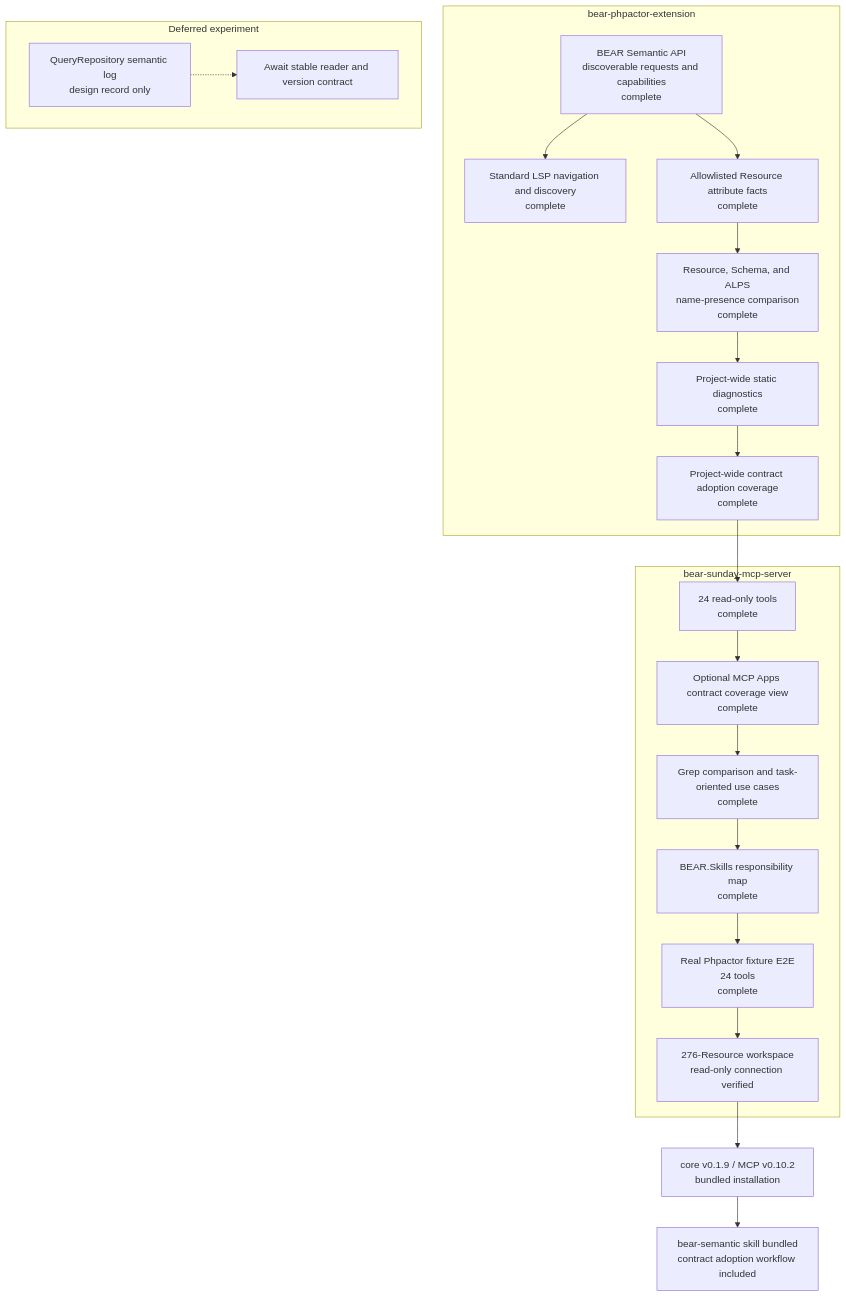
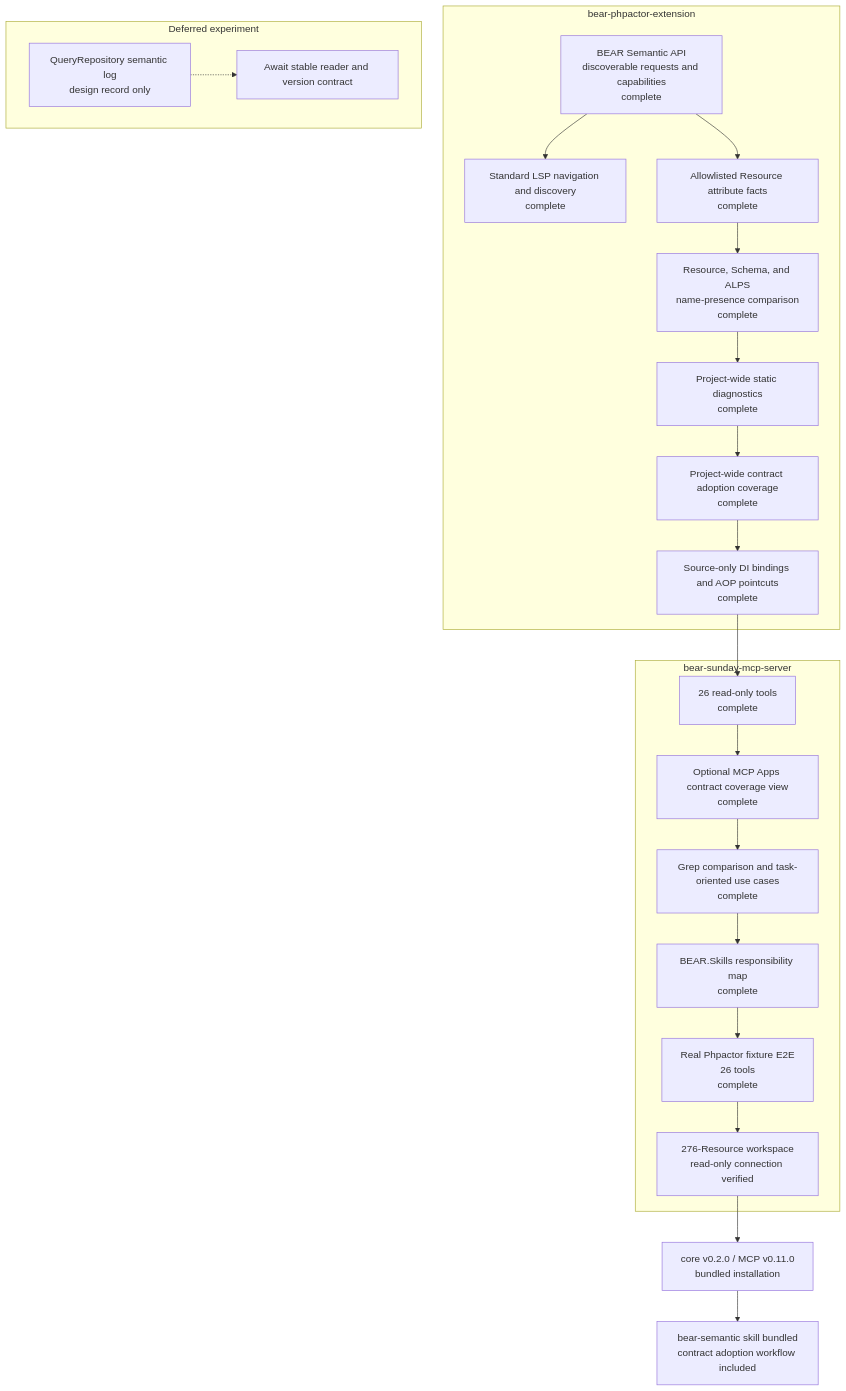
The diagram in docs/project-status.md (suzumaze/bear-sunday-mcp-server), drawn with Mermaid before and after one commit. The commit also changed other lines of this file and 24 other files, not shown here.

````diff
--- a/docs/project-status.md
+++ b/docs/project-status.md
@@ -9,34 +9,35 @@
 ```mermaid
 flowchart TB
     subgraph Core["bear-phpactor-extension"]
         C1["BEAR Semantic API<br/>discoverable requests and capabilities<br/>complete"]
         C2["Standard LSP navigation and discovery<br/>complete"]
         C3["Allowlisted Resource attribute facts<br/>complete"]
         C4["Resource, Schema, and ALPS<br/>name-presence comparison<br/>complete"]
         C5["Project-wide static diagnostics<br/>complete"]
         C6["Project-wide contract adoption coverage<br/>complete"]
+        C7["Source-only DI bindings and AOP pointcuts<br/>complete"]
         C1 --> C2
-        C1 --> C3 --> C4 --> C5 --> C6
+        C1 --> C3 --> C4 --> C5 --> C6 --> C7
     end
 
     subgraph MCP["bear-sunday-mcp-server"]
-        M1["24 read-only tools<br/>complete"]
+        M1["26 read-only tools<br/>complete"]
         M0["Optional MCP Apps contract coverage view<br/>complete"]
         M2["Grep comparison and task-oriented use cases<br/>complete"]
         M3["BEAR.Skills responsibility map<br/>complete"]
-        M4["Real Phpactor fixture E2E<br/>24 tools<br/>complete"]
+        M4["Real Phpactor fixture E2E<br/>26 tools<br/>complete"]
         M5["276-Resource workspace<br/>read-only connection verified"]
         M1 --> M0 --> M2 --> M3 --> M4 --> M5
     end
 
-    C6 --> M1
+    C7 --> M1
 
     subgraph Deferred["Deferred experiment"]
         D1["QueryRepository semantic log<br/>design record only"]
         D2["Await stable reader and version contract"]
         D1 -.-> D2
     end
 
-    M5 --> R1["core v0.1.9 / MCP v0.10.2<br/>bundled installation"]
+    M5 --> R1["core v0.2.0 / MCP v0.11.0<br/>bundled installation"]
     R1 --> S1["bear-semantic skill bundled<br/>contract adoption workflow included"]
 ```
````
